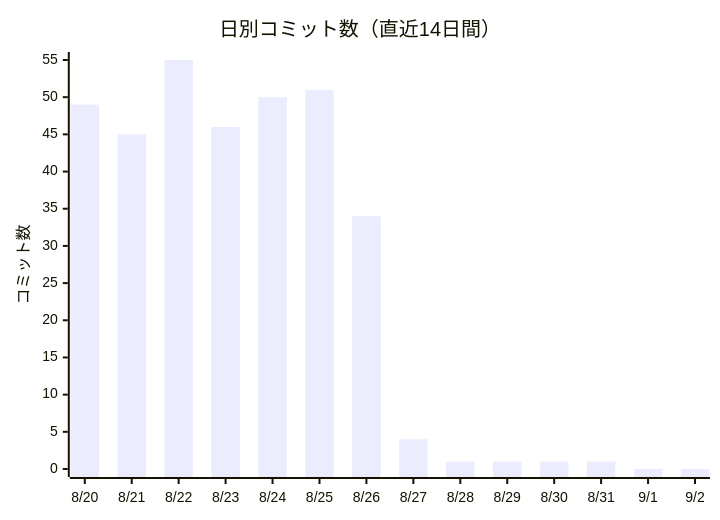
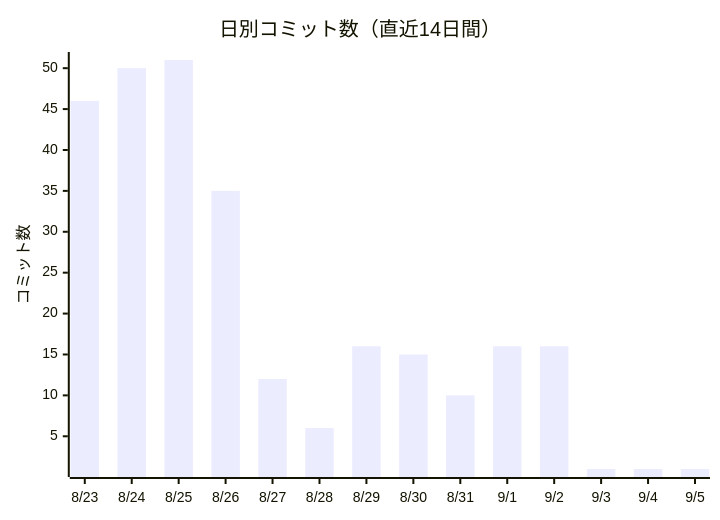
One commit to non-x2/non-x2 changed the first of 2 diagrams in docs/進化レポート.md. Above: the diagram before and after it, drawn with Mermaid. The commit also changed other lines of this file and 4 other files, not shown here.

````diff
--- a/docs/進化レポート.md
+++ b/docs/進化レポート.md
@@ -23,7 +23,7 @@
 ```mermaid
 xychart-beta
     title "日別コミット数（直近14日間）"
-    x-axis ["8/20", "8/21", "8/22", "8/23", "8/24", "8/25", "8/26", "8/27", "8/28", "8/29", "8/30", "8/31", "9/1", "9/2"]
+    x-axis ["8/23", "8/24", "8/25", "8/26", "8/27", "8/28", "8/29", "8/30", "8/31", "9/1", "9/2", "9/3", "9/4", "9/5"]
     y-axis "コミット数"
-    bar [49, 45, 55, 46, 50, 51, 34, 4, 1, 1, 1, 1, 0, 0]
+    bar [46, 50, 51, 35, 12, 6, 16, 15, 10, 16, 16, 1, 1, 1]
 ```
````
